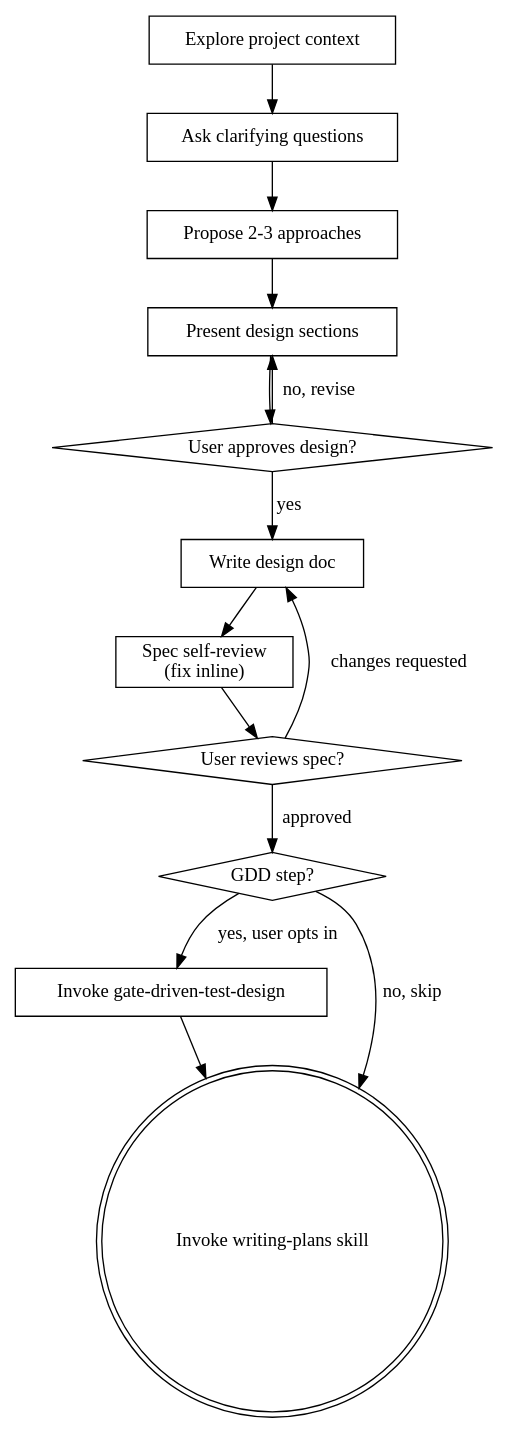
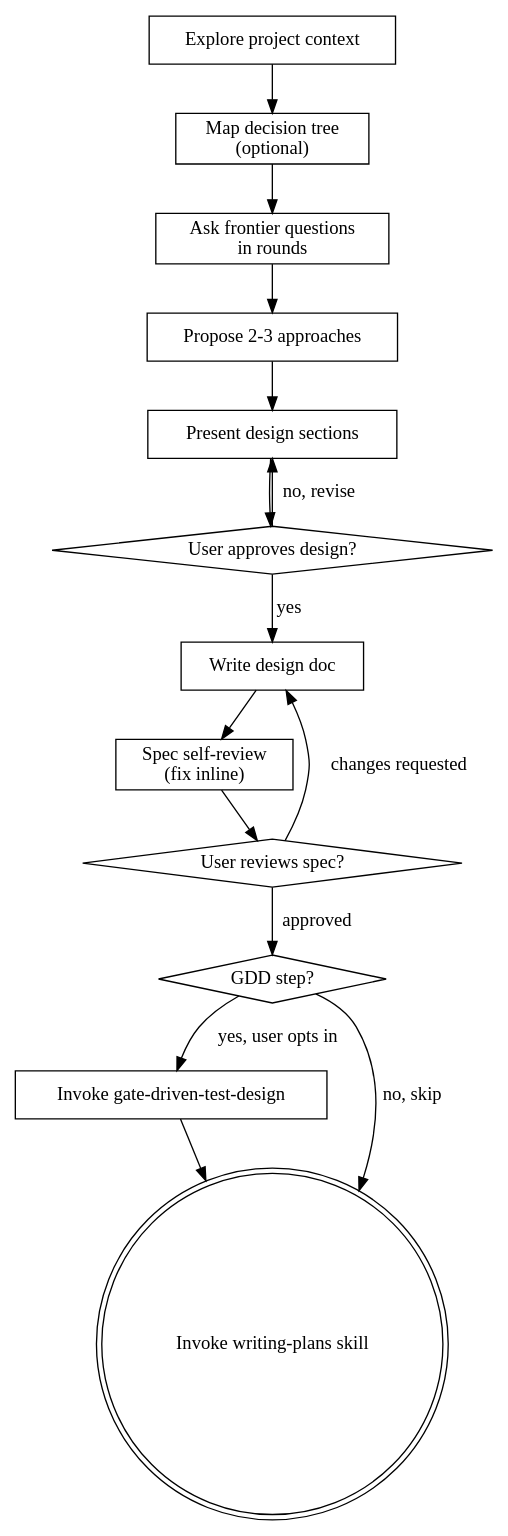
One commit to evanfang0054/superpowers changed the diagram in skills/brainstorming/SKILL.md. Above: the diagram before and after it, drawn with Graphviz. The commit also changed other lines of this file and 10 other files, not shown here.

````diff
--- a/skills/brainstorming/SKILL.md
+++ b/skills/brainstorming/SKILL.md
@@ -38,29 +39,31 @@
 ```dot
 digraph brainstorming {
     "Explore project context" [shape=box];
-    "Ask clarifying questions" [shape=box];
+    "Map decision tree\n(optional)" [shape=box];
+    "Ask frontier questions\nin rounds" [shape=box];
     "Propose 2-3 approaches" [shape=box];
     "Present design sections" [shape=box];
     "User approves design?" [shape=diamond];
     "Write design doc" [shape=box];
     "Spec self-review\n(fix inline)" [shape=box];
     "User reviews spec?" [shape=diamond];
     "GDD step?" [shape=diamond];
     "Invoke gate-driven-test-design" [shape=box];
     "Invoke writing-plans skill" [shape=doublecircle];
 
-    "Explore project context" -> "Ask clarifying questions";
-    "Ask clarifying questions" -> "Propose 2-3 approaches";
+    "Explore project context" -> "Map decision tree\n(optional)";
+    "Map decision tree\n(optional)" -> "Ask frontier questions\nin rounds";
+    "Ask frontier questions\nin rounds" -> "Propose 2-3 approaches";
     "Propose 2-3 approaches" -> "Present design sections";
     "Present design sections" -> "User approves design?";
     "User approves design?" -> "Present design sections" [label="no, revise"];
     "User approves design?" -> "Write design doc" [label="yes"];
     "Write design doc" -> "Spec self-review\n(fix inline)";
     "Spec self-review\n(fix inline)" -> "User reviews spec?";
     "User reviews spec?" -> "Write design doc" [label="changes requested"];
     "User reviews spec?" -> "GDD step?" [label="approved"];
     "GDD step?" -> "Invoke gate-driven-test-design" [label="yes, user opts in"];
     "GDD step?" -> "Invoke writing-plans skill" [label="no, skip"];
     "Invoke gate-driven-test-design" -> "Invoke writing-plans skill";
 }
 ```
````
